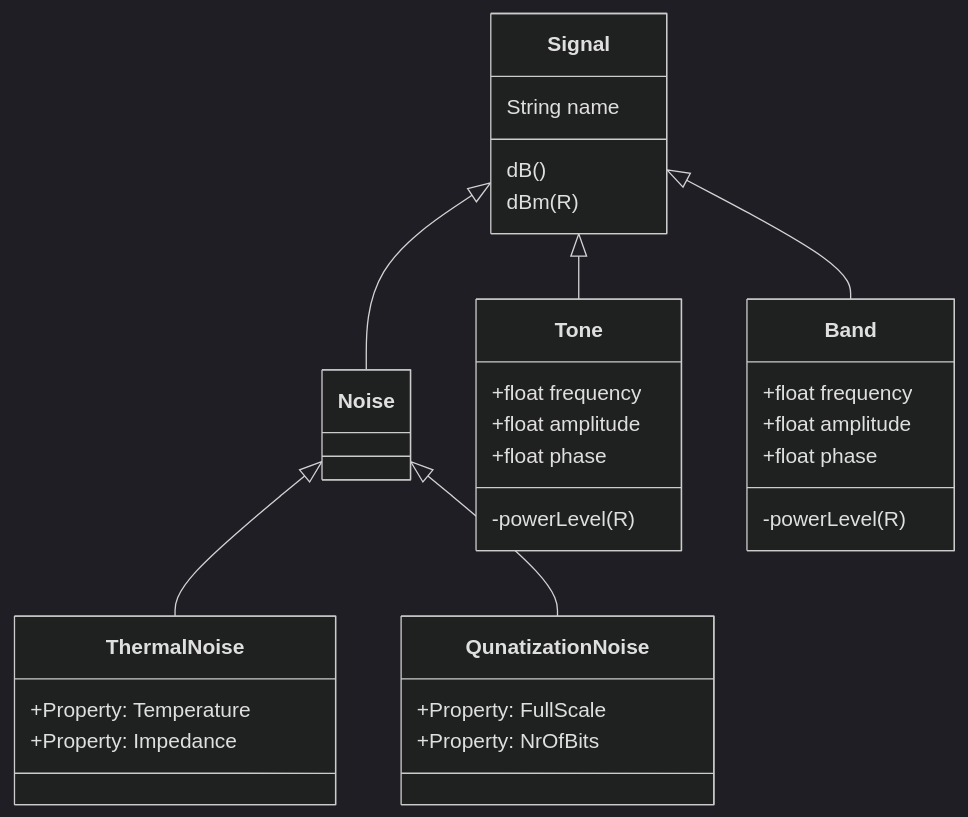
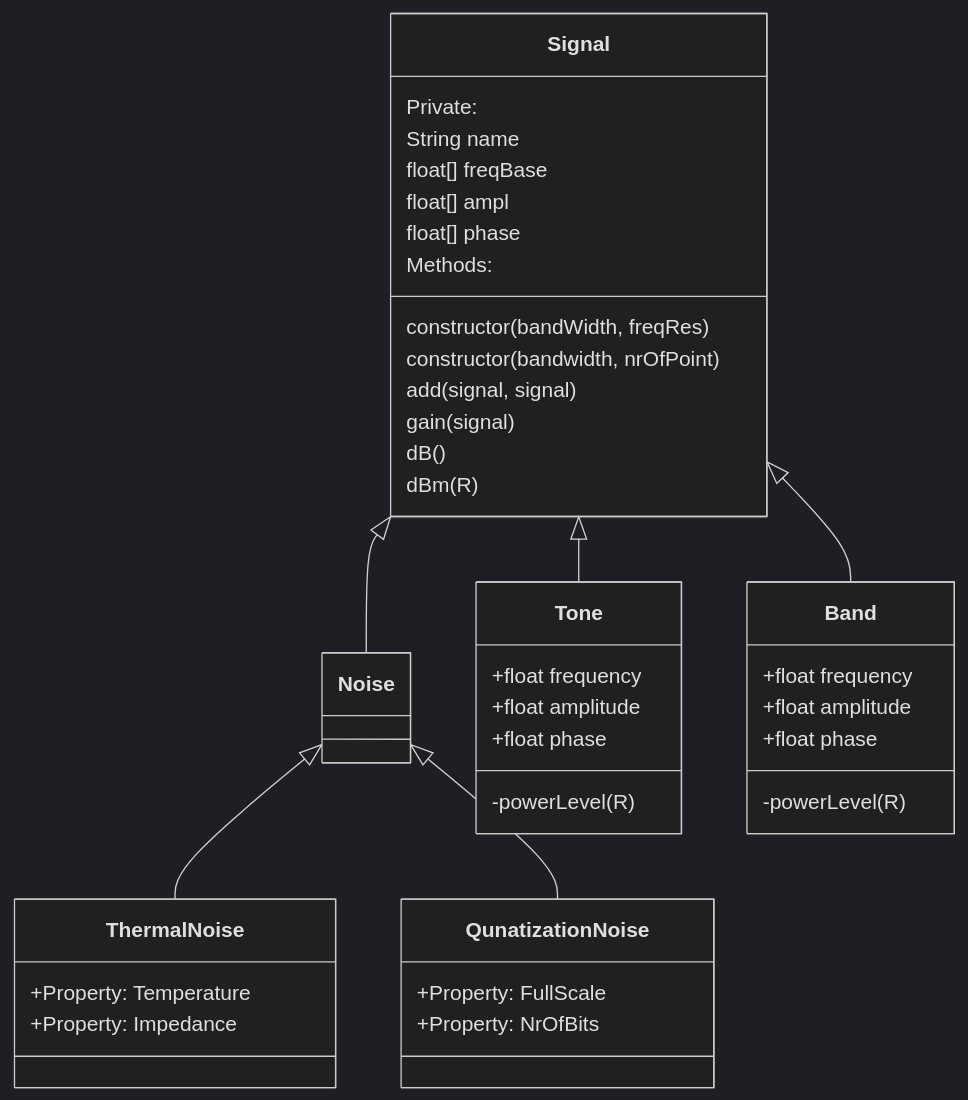
The diagram in trunk/AmoRF.md (botondkirei/AmoRF), drawn with Mermaid (dark theme) before and after one commit.

````diff
--- a/trunk/AmoRF.md
+++ b/trunk/AmoRF.md
@@ -1,36 +1,45 @@
 ```mermaid
 classDiagram
     Signal <|-- Noise
     Signal <|-- Tone
     Signal <|-- Band
     Noise <|-- ThermalNoise
     Noise <|-- QunatizationNoise
     class Signal {
-        String name
-        dB()
-        dBm(R)
+        Private:
+            String name
+            float[] freqBase
+            float[] ampl
+            float[] phase
+        Methods:
+            constructor(bandWidth, freqRes)
+            constructor(bandwidth, nrOfPoint)
+            add(signal, signal)
+            gain(signal)
+            dB()
+            dBm(R)
     }
     class Noise{
 
     }
     class Tone{
       +float frequency
       +float amplitude
       +float phase
       -powerLevel(R)
     }
     class Band{
       +float frequency
       +float amplitude
       +float phase
       -powerLevel(R)
     }
     class ThermalNoise {
     +Property: Temperature
     +Property: Impedance
     }
     class QunatizationNoise {
     +Property: FullScale
     +Property: NrOfBits
     }     
 ```
````
